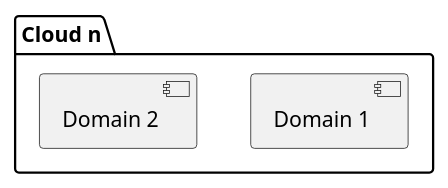
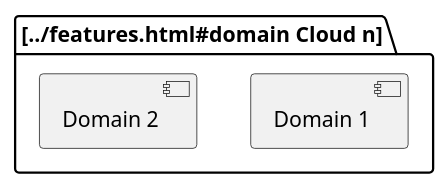
Before and after one commit to sofiayem/rtd-doc-tests: the diagram in docs/source/architecture.rst, drawn with PlantUML.

Commit message:
link caption upd

```diff
--- a/docs/source/architecture.rst
+++ b/docs/source/architecture.rst
@@ -21,6 +21,6 @@
 .. uml::
 
-   package "Cloud n" [[../features.html#domain Domain]] {
+   package "[[../features.html#domain Cloud n]]" {
    [Domain 1]
    [Domain 2]
    }
```
